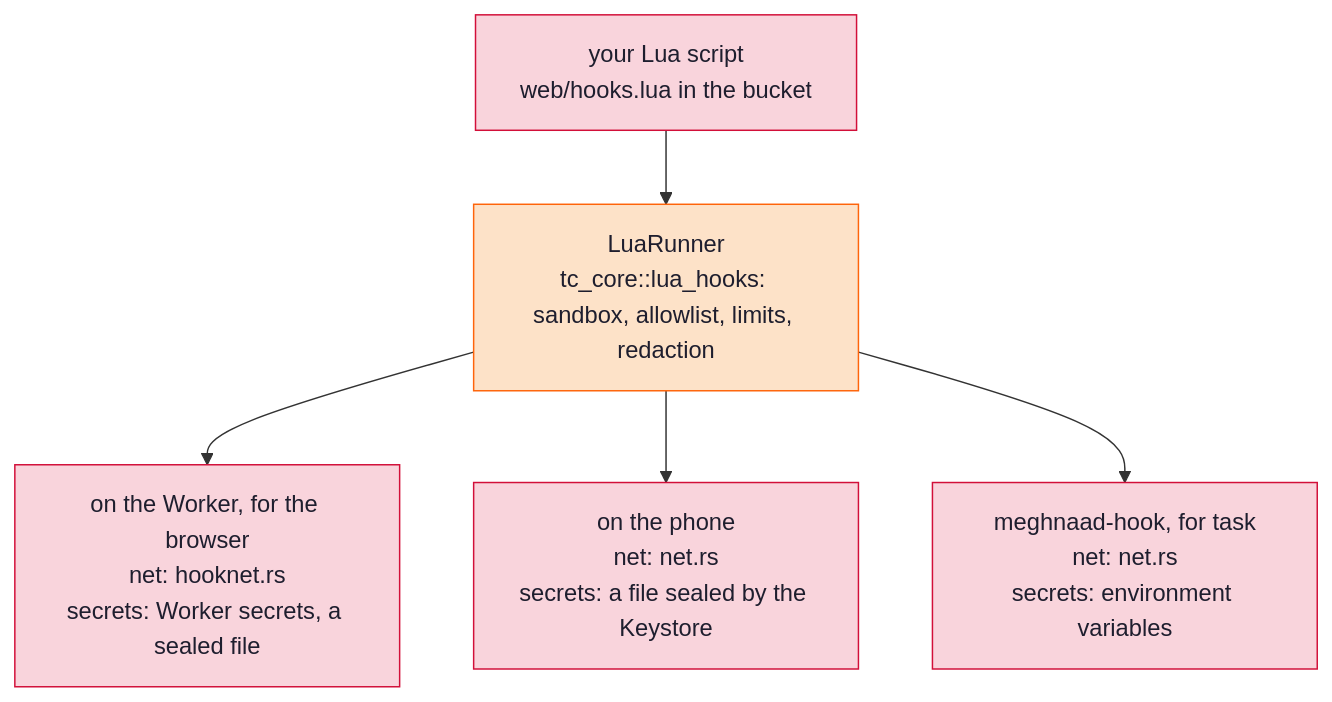
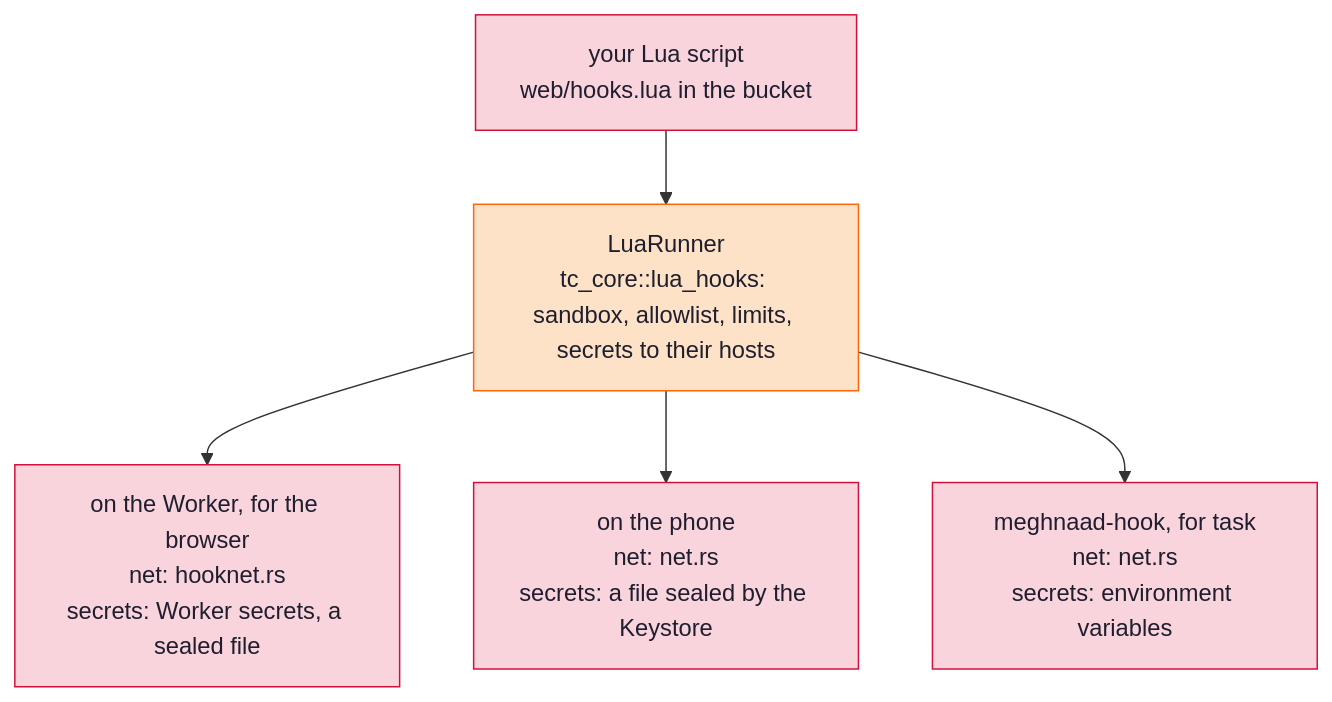
One commit to uroybd/Meghnaad changed the sixth of 6 diagrams in docs/architecture.md. Above: the diagram before and after it, drawn with Mermaid. The commit also changed other lines of this file and 26 other files, not shown here.

````diff
--- a/docs/architecture.md
+++ b/docs/architecture.md
@@ -466,17 +466,17 @@
 ```mermaid
 flowchart TB
   script["your Lua script<br/>web/hooks.lua in the bucket"]
-  runner["LuaRunner<br/>tc_core::lua_hooks: sandbox, allowlist, limits, redaction"]
+  runner["LuaRunner<br/>tc_core::lua_hooks: sandbox, allowlist, limits, secrets to their hosts"]
   wk["on the Worker, for the browser<br/>net: hooknet.rs<br/>secrets: Worker secrets, a sealed file"]
   ph["on the phone<br/>net: net.rs<br/>secrets: a file sealed by the Keystore"]
   dt["meghnaad-hook, for task<br/>net: net.rs<br/>secrets: environment variables"]
   script --> runner
   runner --> wk
   runner --> ph
   runner --> dt
 
   classDef hooks fill:#f9d4dc,stroke:#d20f39,color:#1e1e2e
   classDef engine fill:#fde2c8,stroke:#fe640b,color:#1e1e2e
   class script,wk,ph,dt hooks
   class runner engine
 ```
````
